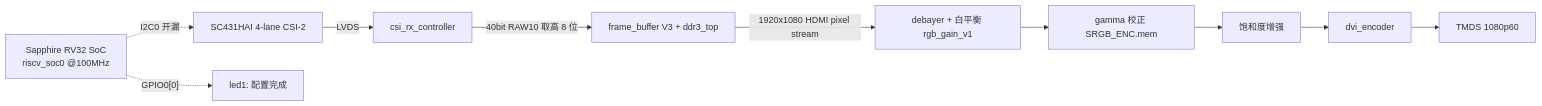
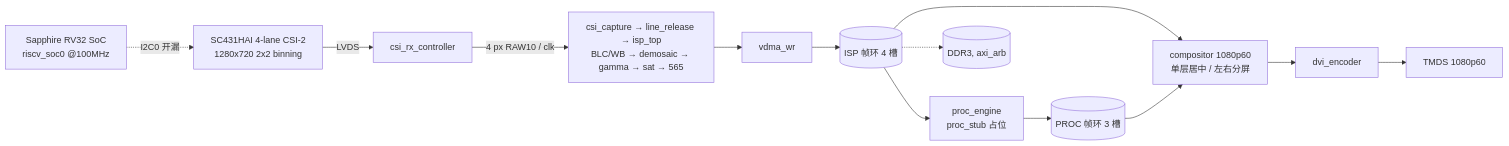
One commit to Fuwaki/fpga_2026_efinix changed the diagram in README.md. Above: the diagram before and after it, drawn with Mermaid. The commit also changed other lines of this file and 40 other files, not shown here.

First line of the commit message:
refactor(vid): retire the old frame store and display-side ISP

````diff
--- a/README.md
+++ b/README.md
@@ -30,13 +30,14 @@
 ```mermaid
 graph LR
-  CAM[SC431HAI 4-lane CSI-2] -->|LVDS| CSI[csi_rx_controller]
-  CSI -->|40bit RAW10 取高 8 位| FB[frame_buffer V3 + ddr3_top]
-  FB -->|1920x1080 HDMI pixel stream| DB[debayer + 白平衡 rgb_gain_v1]
-  DB --> G[gamma 校正 SRGB_ENC.mem]
-  G --> SAT[饱和度增强]
-  SAT --> ENC[dvi_encoder]
-  ENC --> HDMI[TMDS 1080p60]
+  CAM[SC431HAI 4-lane CSI-2<br/>1280x720 2x2 binning] -->|LVDS| CSI[csi_rx_controller]
+  CSI -->|4 px RAW10 / clk| ISP[csi_capture → line_release → isp_top<br/>BLC/WB → demosaic → gamma → sat → 565]
+  ISP --> W[vdma_wr] --> RI[(ISP 帧环 4 槽)]
+  RI --> P[proc_engine<br/>proc_stub 占位]
+  P --> RP[(PROC 帧环 3 槽)]
+  RI --> C[compositor 1080p60<br/>单层居中 / 左右分屏]
+  RP --> C
+  C --> ENC[dvi_encoder] --> HDMI[TMDS 1080p60]
+  RI -.-> DDR[(DDR3, axi_arb)]
 
   CPU[Sapphire RV32 SoC<br/>riscv_soc0 @100MHz] -.I2C0 开漏.-> CAM
-  CPU -.GPIO0[0].-> LED[led1: 配置完成]
 ```
````
